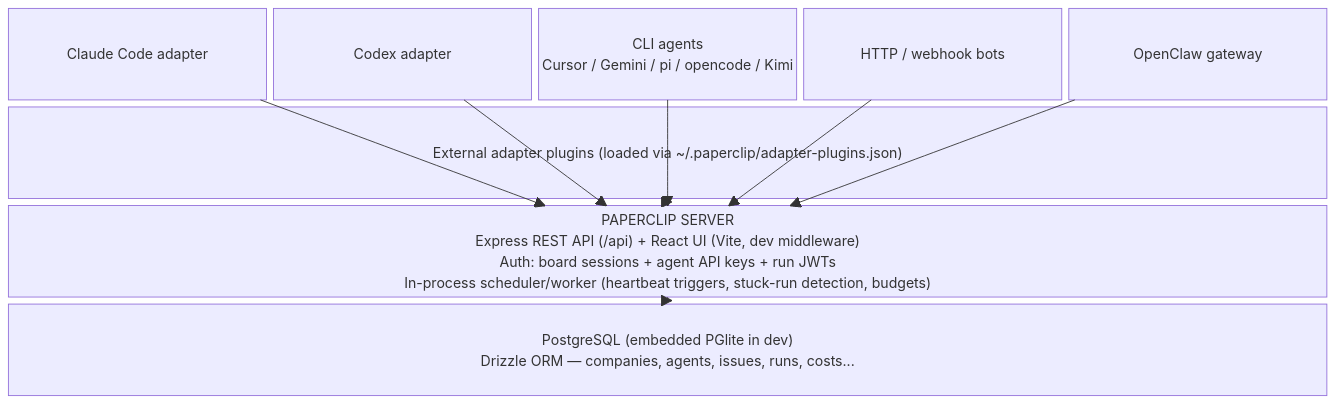
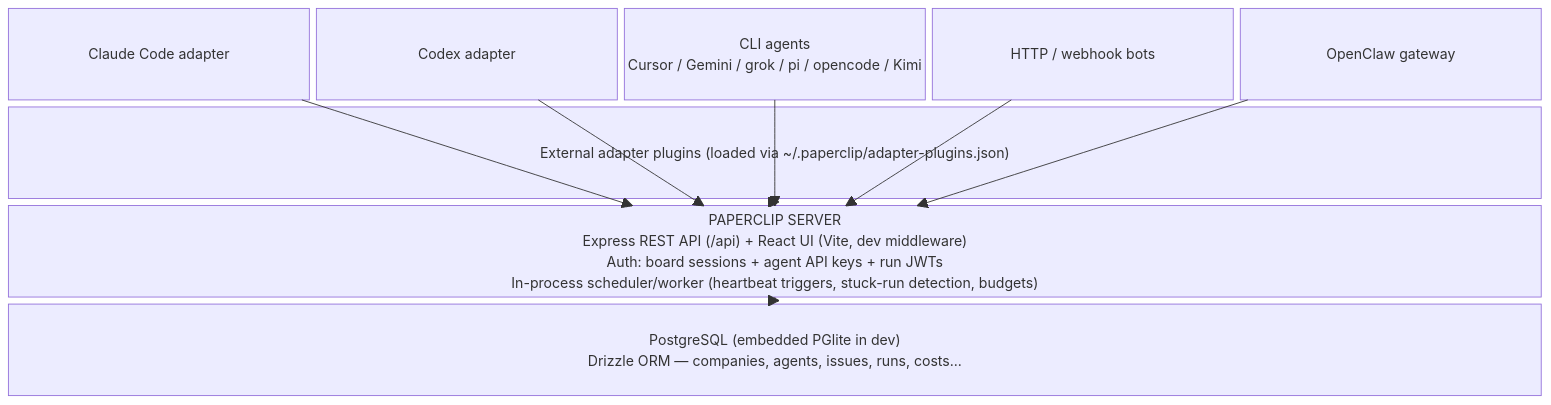
One commit to TomzxCode/sdlc changed the first of 2 diagrams in paperclipai/paperclip/.sdlc/context/architecture.md. Above: the diagram before and after it, drawn with Mermaid. The commit also changed other lines of this file and 48 other files, not shown here.

````diff
--- a/paperclipai/paperclip/.sdlc/context/architecture.md
+++ b/paperclipai/paperclip/.sdlc/context/architecture.md
@@ -9,19 +9,19 @@
 ```mermaid
 block-beta
   columns 5
   claude["Claude Code adapter"]:1
   codex["Codex adapter"]:1
-  cliagents["CLI agents\nCursor / Gemini / pi / opencode / Kimi"]:1
+  cliagents["CLI agents\nCursor / Gemini / grok / pi / opencode / Kimi"]:1
   httpbots["HTTP / webhook bots"]:1
   claw["OpenClaw gateway"]:1
   plugins["External adapter plugins (loaded via ~/.paperclip/adapter-plugins.json)"]:5
   server["PAPERCLIP SERVER\nExpress REST API (/api) + React UI (Vite, dev middleware)\nAuth: board sessions + agent API keys + run JWTs\nIn-process scheduler/worker (heartbeat triggers, stuck-run detection, budgets)"]:5
   db["PostgreSQL (embedded PGlite in dev)\nDrizzle ORM — companies, agents, issues, runs, costs..."]:5
   claude --> server
   codex --> server
   cliagents --> server
   httpbots --> server
   claw --> server
   plugins --> server
   server --> db
 ```
````
